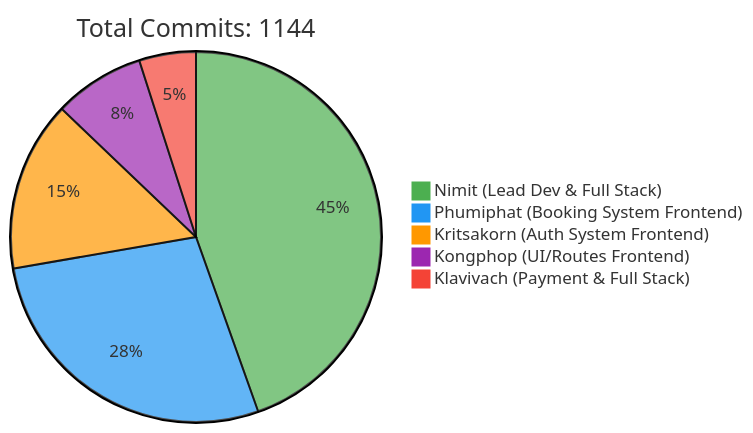
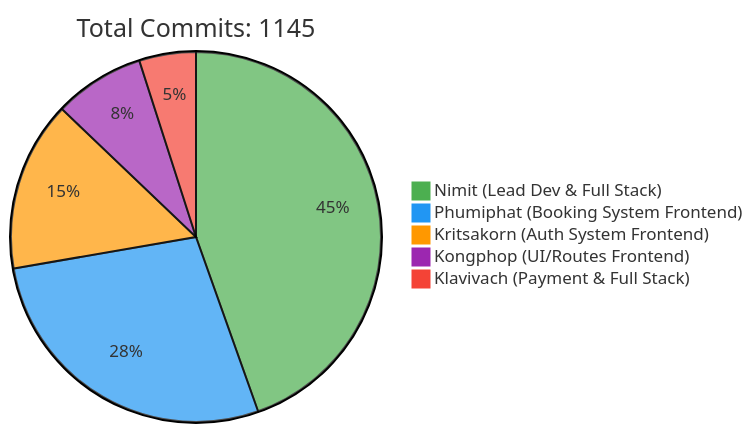
The first of 2 diagrams in README.md (6531503042/Sport-Complex), drawn with Mermaid before and after one commit. The commit also changed other lines of this file, not shown here.

Commit message:
docs: Update contributor statistics [skip ci]

````diff
--- a/README.md
+++ b/README.md
@@ -257,10 +257,10 @@
 ```mermaid
 %%{init: {'theme': 'base', 'themeVariables': { 'pie1': '#4CAF50', 'pie2': '#2196F3', 'pie3': '#FF9800', 'pie4': '#9C27B0', 'pie5': '#F44336'}}}%%
 pie
-    title Total Commits: 1144
+    title Total Commits: 1145
     "Nimit (Lead Dev & Full Stack)" : 450
     "Phumiphat (Booking System Frontend)" : 280
     "Kritsakorn (Auth System Frontend)" : 150
     "Kongphop (UI/Routes Frontend)" : 80
     "Klavivach (Payment & Full Stack)" : 50
 ```
````
